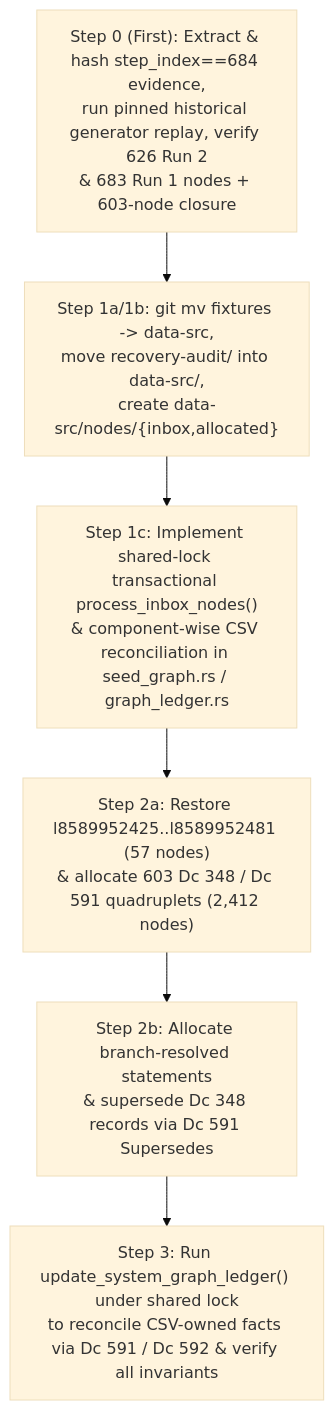
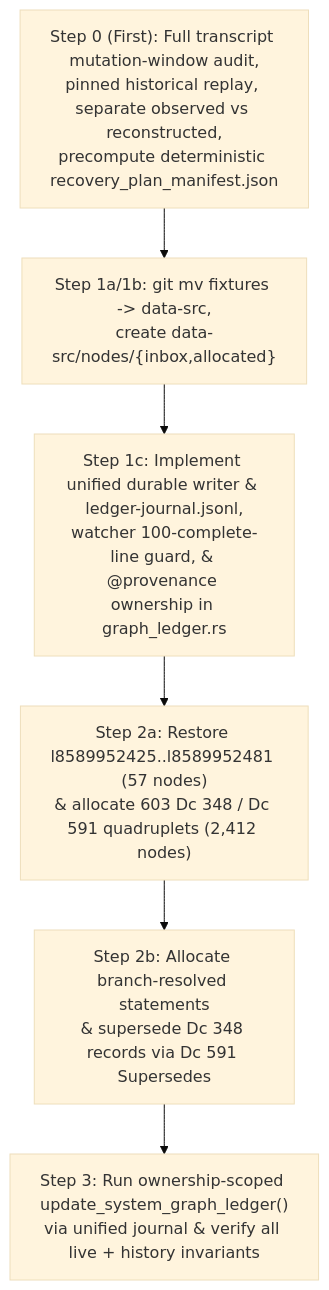
One commit to collectivetoolbox/collectivetoolbox changed the diagram in docs/chats/2026-10-31-duplicate-node-recovery.md. Above: the diagram before and after it, drawn with Mermaid (base theme). The commit also changed other lines of this file, not shown here.

Commit message:
docs: Update plan

````diff
--- a/docs/chats/2026-10-31-duplicate-node-recovery.md
+++ b/docs/chats/2026-10-31-duplicate-node-recovery.md
@@ -122,8 +140,8 @@
 ```mermaid
 flowchart TD
-    S0["Step 0 (First): Extract & hash step_index==684 evidence,\nrun pinned historical generator replay, verify 626 Run 2\n& 683 Run 1 nodes + 603-node closure"] --> S1A["Step 1a/1b: git mv fixtures -> data-src,\nmove recovery-audit/ into data-src/,\ncreate data-src/nodes/{inbox,allocated}"]
-    S1A --> S1C["Step 1c: Implement shared-lock transactional process_inbox_nodes()\n& component-wise CSV reconciliation in seed_graph.rs / graph_ledger.rs"]
+    S0["Step 0 (First): Full transcript mutation-window audit,\npinned historical replay, separate observed vs reconstructed,\nprecompute deterministic recovery_plan_manifest.json"] --> S1A["Step 1a/1b: git mv fixtures -> data-src,\ncreate data-src/nodes/{inbox,allocated}"]
+    S1A --> S1C["Step 1c: Implement unified durable writer & ledger-journal.jsonl,\nwatcher 100-complete-line guard, & @provenance ownership in graph_ledger.rs"]
     S1C --> S2A["Step 2a: Restore l8589952425..l8589952481 (57 nodes)\n& allocate 603 Dc 348 / Dc 591 quadruplets (2,412 nodes)"]
     S2A --> S2B["Step 2b: Allocate branch-resolved statements\n& supersede Dc 348 records via Dc 591 Supersedes"]
-    S2B --> S3["Step 3: Run update_system_graph_ledger() under shared lock\nto reconcile CSV-owned facts via Dc 591 / Dc 592 & verify all invariants"]
+    S2B --> S3["Step 3: Run ownership-scoped update_system_graph_ledger()\nvia unified journal & verify all live + history invariants"]
 ```
````
